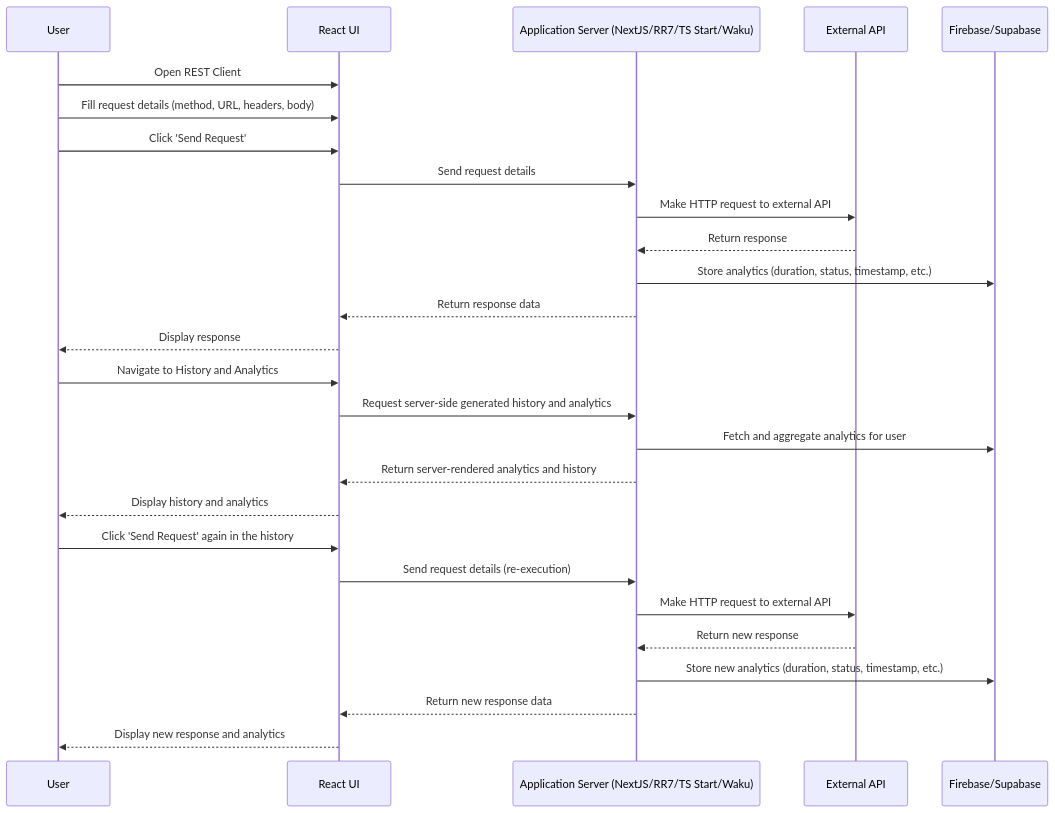
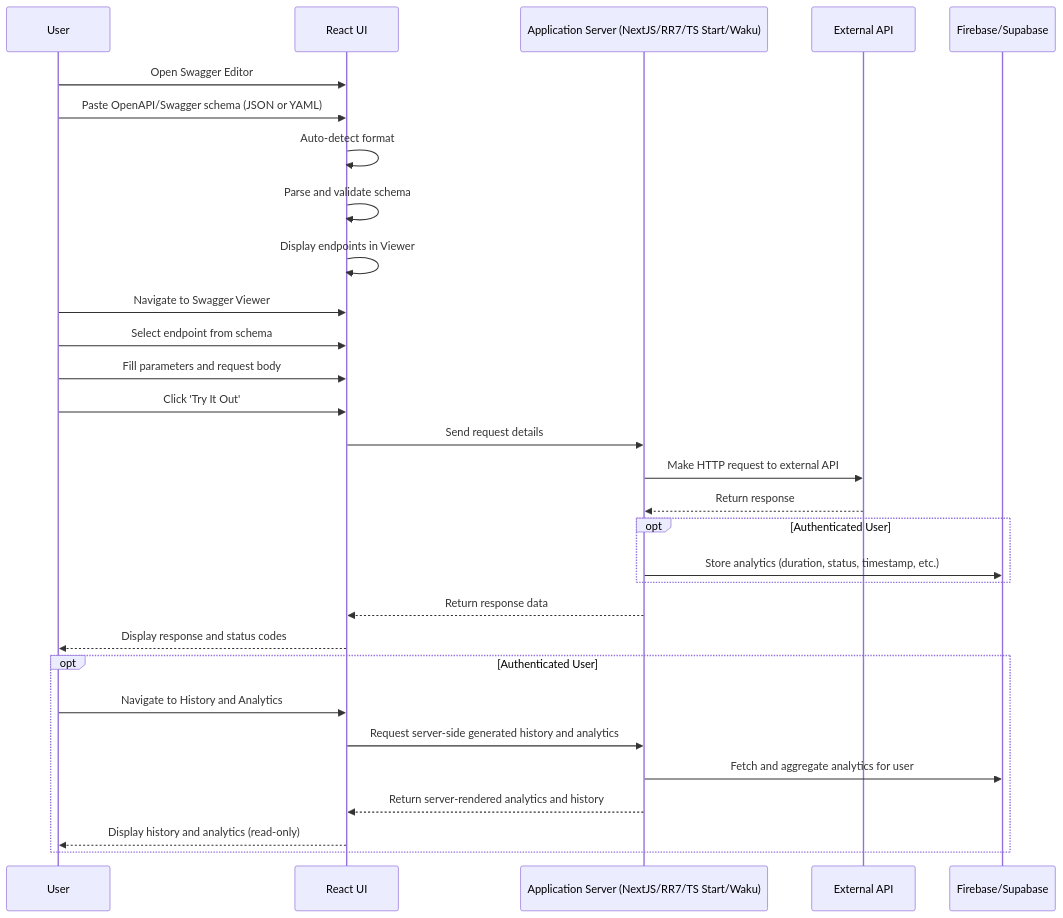
The diagram in react/modules/tasks/final.md (rolling-scopes-school/tasks), drawn with Mermaid before and after one commit. The commit also changed other lines of this file, not shown here.

First line of the commit message:
Updates to the final task to move it to Swagger Editor (#1919)

````diff
--- a/react/modules/tasks/final.md
+++ b/react/modules/tasks/final.md
@@ -503,32 +382,35 @@
 ```mermaid
 sequenceDiagram
     participant User
     participant UI as React UI
     participant Server as Application Server (NextJS/RR7/TS Start/Waku)
     participant API as External API
     participant DB as Firebase/Supabase
 
-    User->>UI: Open REST Client
-    User->>UI: Fill request details (method, URL, headers, body)
-    User->>UI: Click 'Send Request'
+    User->>UI: Open Swagger Editor
+    User->>UI: Paste OpenAPI/Swagger schema (JSON or YAML)
+    UI->>UI: Auto-detect format
+    UI->>UI: Parse and validate schema
+    UI->>UI: Display endpoints in Viewer
+
+    User->>UI: Navigate to Swagger Viewer
+    User->>UI: Select endpoint from schema
+    User->>UI: Fill parameters and request body
+    User->>UI: Click 'Try It Out'
     UI->>Server: Send request details
     Server->>API: Make HTTP request to external API
     API-->>Server: Return response
-    Server->>DB: Store analytics (duration, status, timestamp, etc.)
+    opt Authenticated User
+        Server->>DB: Store analytics (duration, status, timestamp, etc.)
+    end
     Server-->>UI: Return response data
-    UI-->>User: Display response
+    UI-->>User: Display response and status codes
 
-    User->>UI: Navigate to History and Analytics
-    UI->>Server: Request server-side generated history and analytics
-    Server->>DB: Fetch and aggregate analytics for user
-    Server-->>UI: Return server-rendered analytics and history
-    UI-->>User: Display history and analytics
-
-    User->>UI: Click 'Send Request' again in the history
-    UI->>Server: Send request details (re-execution)
-    Server->>API: Make HTTP request to external API
-    API-->>Server: Return new response
-    Server->>DB: Store new analytics (duration, status, timestamp, etc.)
-    Server-->>UI: Return new response data
-    UI-->>User: Display new response and analytics
+    opt Authenticated User
+        User->>UI: Navigate to History and Analytics
+        UI->>Server: Request server-side generated history and analytics
+        Server->>DB: Fetch and aggregate analytics for user
+        Server-->>UI: Return server-rendered analytics and history
+        UI-->>User: Display history and analytics (read-only)
+    end
 ```
````
